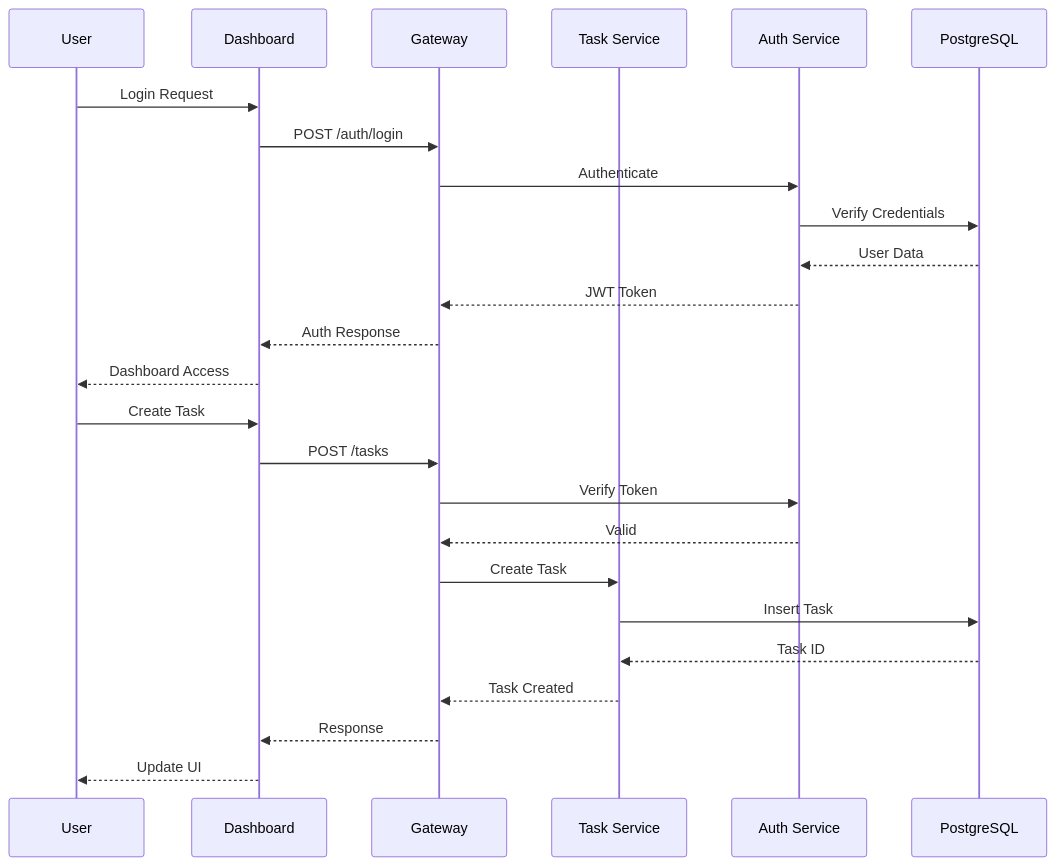
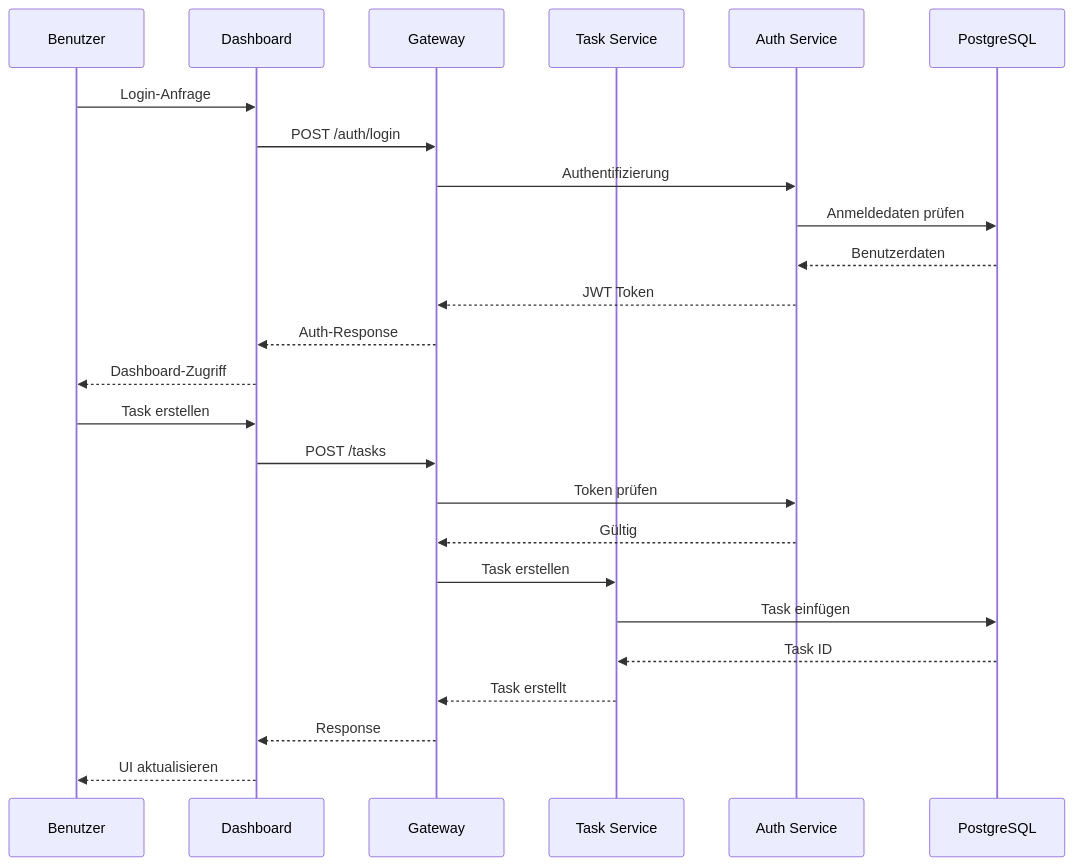
One commit to MadGapun/ELWOSA-Pub changed the second of 3 diagrams in ARCHITECTURE.md. Above: the diagram before and after it, drawn with Mermaid. The commit also changed other lines of this file, not shown here.

First line of the commit message:
🏗️ ARCHITECTURE.md auf Deutsch übersetzt

````diff
--- a/ARCHITECTURE.md
+++ b/ARCHITECTURE.md
@@ -93,29 +93,29 @@
 ```mermaid
 sequenceDiagram
-    participant U as User
+    participant U as Benutzer
     participant D as Dashboard
     participant G as Gateway
     participant T as Task Service
     participant A as Auth Service
     participant DB as PostgreSQL
     
-    U->>D: Login Request
+    U->>D: Login-Anfrage
     D->>G: POST /auth/login
-    G->>A: Authenticate
-    A->>DB: Verify Credentials
-    DB-->>A: User Data
+    G->>A: Authentifizierung
+    A->>DB: Anmeldedaten prüfen
+    DB-->>A: Benutzerdaten
     A-->>G: JWT Token
-    G-->>D: Auth Response
-    D-->>U: Dashboard Access
+    G-->>D: Auth-Response
+    D-->>U: Dashboard-Zugriff
     
-    U->>D: Create Task
+    U->>D: Task erstellen
     D->>G: POST /tasks
-    G->>A: Verify Token
-    A-->>G: Valid
-    G->>T: Create Task
-    T->>DB: Insert Task
+    G->>A: Token prüfen
+    A-->>G: Gültig
+    G->>T: Task erstellen
+    T->>DB: Task einfügen
     DB-->>T: Task ID
-    T-->>G: Task Created
+    T-->>G: Task erstellt
     G-->>D: Response
-    D-->>U: Update UI
+    D-->>U: UI aktualisieren
 ```
````
